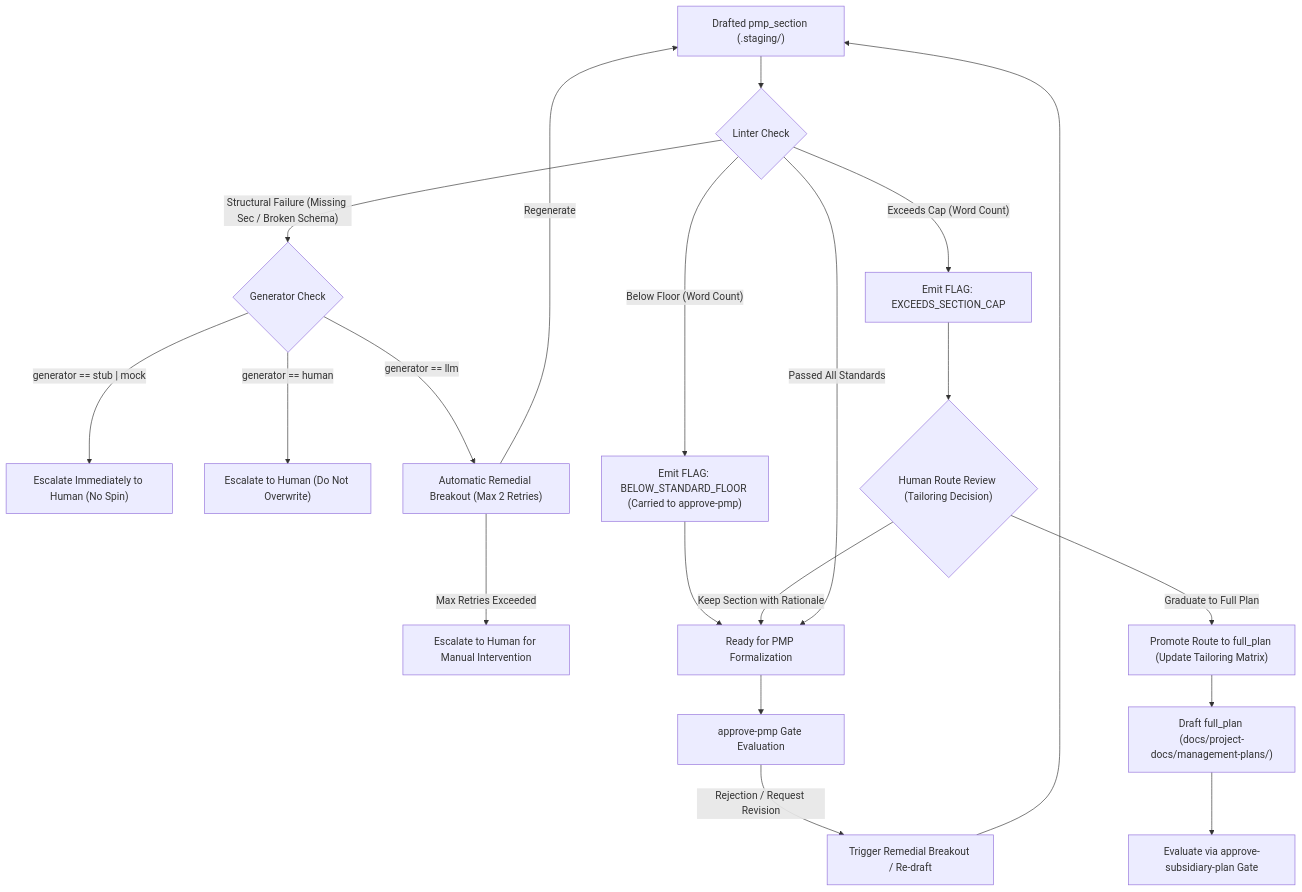
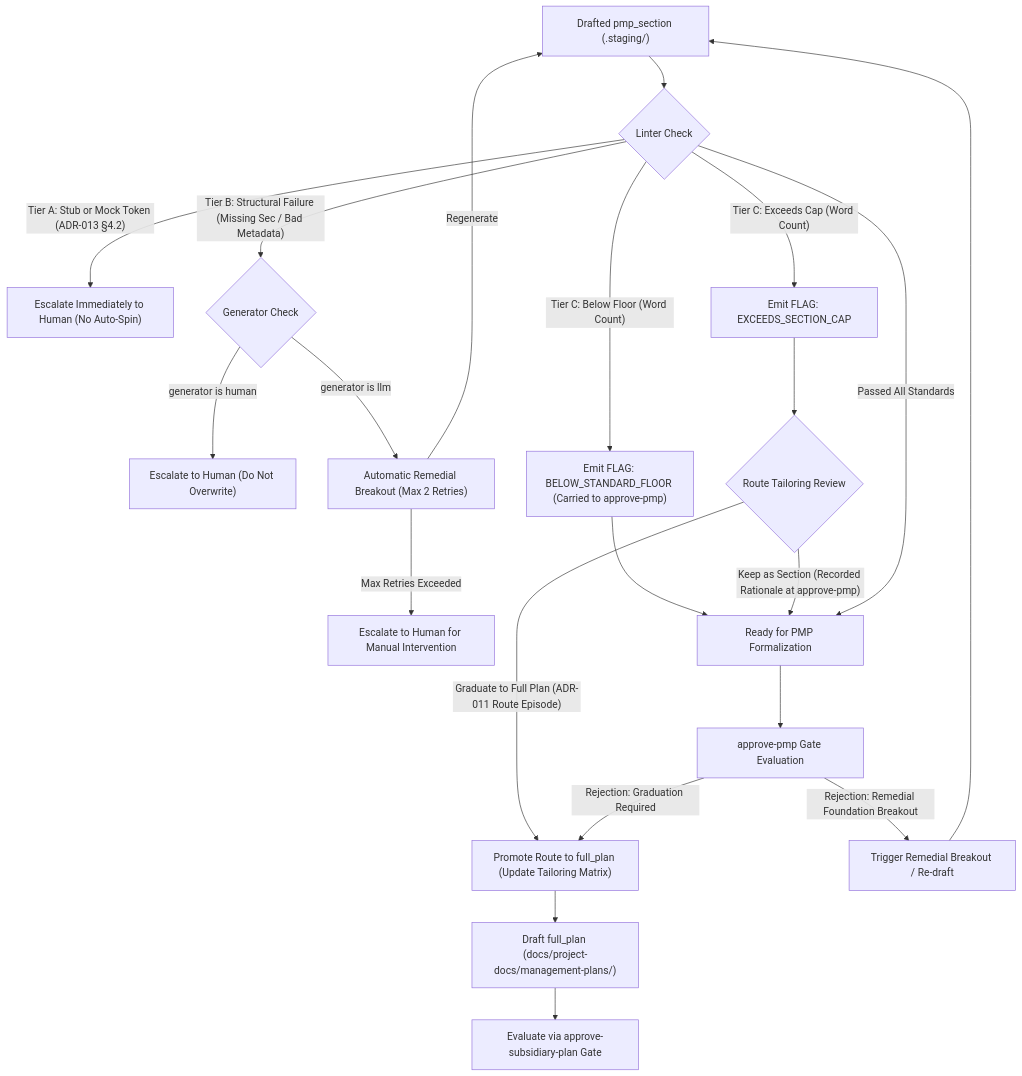
Before and after one commit to mdresch/agent-learning: the diagram in docs/adr/ADR-012-subsidiary-management-plan-standards-and-content-contracts.md, drawn with Mermaid. The commit also changed other lines of this file and 5 other files, not shown here.

Commit message:
docs(adr): polish ADR-012 and ADR-025 with 3-tier precedence hierarchy and re-evaluate approve-adr

````diff
--- a/docs/adr/ADR-012-subsidiary-management-plan-standards-and-content-contracts.md
+++ b/docs/adr/ADR-012-subsidiary-management-plan-standards-and-content-contracts.md
@@ -150,33 +177,36 @@
 ```mermaid
 flowchart TD
     SectionDraft["Drafted pmp_section (.staging/)"] --> LintCheck{Linter Check}
     
-    %% Structural Failures
-    LintCheck -->|"Structural Failure (Missing Sec / Broken Schema)"| AutoRemedialCheck{Generator Check}
-    AutoRemedialCheck -->|"generator == stub | mock"| EscalateHumanStub["Escalate Immediately to Human (No Spin)"]
-    AutoRemedialCheck -->|"generator == human"| EscalateHumanManual["Escalate to Human (Do Not Overwrite)"]
-    AutoRemedialCheck -->|"generator == llm"| AutoRemedial["Automatic Remedial Breakout (Max 2 Retries)"]
+    %% Tier A: Hard Block Stubs
+    LintCheck -->|"Tier A: Stub or Mock Token (ADR-013 §4.2)"| EscalateHumanStub["Escalate Immediately to Human (No Auto-Spin)"]
+    
+    %% Tier B: Structural Failures
+    LintCheck -->|"Tier B: Structural Failure (Missing Sec / Bad Metadata)"| AutoRemedialCheck{Generator Check}
+    AutoRemedialCheck -->|"generator is human"| EscalateHumanManual["Escalate to Human (Do Not Overwrite)"]
+    AutoRemedialCheck -->|"generator is llm"| AutoRemedial["Automatic Remedial Breakout (Max 2 Retries)"]
     AutoRemedial -->|Regenerate| SectionDraft
     AutoRemedial -->|Max Retries Exceeded| EscalateHuman["Escalate to Human for Manual Intervention"]
     
-    %% Floor Flag
-    LintCheck -->|"Below Floor (Word Count)"| FloorFlag["Emit FLAG: BELOW_STANDARD_FLOOR (Carried to approve-pmp)"]
+    %% Tier C: Floor Flag
+    LintCheck -->|"Tier C: Below Floor (Word Count)"| FloorFlag["Emit FLAG: BELOW_STANDARD_FLOOR (Carried to approve-pmp)"]
     FloorFlag --> ReadyForFormalize["Ready for PMP Formalization"]
     
-    %% Cap Flag
-    LintCheck -->|"Exceeds Cap (Word Count)"| CapFlag["Emit FLAG: EXCEEDS_SECTION_CAP"]
-    CapFlag --> HumanReviewCap{"Human Route Review (Tailoring Decision)"}
-    HumanReviewCap -->|Keep Section with Rationale| ReadyForFormalize
-    HumanReviewCap -->|"Graduate to Full Plan"| GraduateToFull["Promote Route to full_plan (Update Tailoring Matrix)"]
+    %% Tier C: Cap Flag
+    LintCheck -->|"Tier C: Exceeds Cap (Word Count)"| CapFlag["Emit FLAG: EXCEEDS_SECTION_CAP"]
+    CapFlag --> HumanReviewCap{"Route Tailoring Review"}
+    HumanReviewCap -->|"Keep as Section (Recorded Rationale at approve-pmp)"| ReadyForFormalize
+    HumanReviewCap -->|"Graduate to Full Plan (ADR-011 Route Episode)"| GraduateToFull["Promote Route to full_plan (Update Tailoring Matrix)"]
     
     GraduateToFull --> FullPlanDraft["Draft full_plan (docs/project-docs/management-plans/)"]
     FullPlanDraft --> EvaluateFull["Evaluate via approve-subsidiary-plan Gate"]
     
     %% Clean Pass
     LintCheck -->|"Passed All Standards"| ReadyForFormalize
     
-    %% Rejection from Formalization
-    FormalizeGate["approve-pmp Gate Evaluation"] -->|"Rejection / Request Revision"| ManualBreakout["Trigger Remedial Breakout / Re-draft"]
+    %% Formalization & approve-pmp Rejection
+    ReadyForFormalize --> FormalizeGate["approve-pmp Gate Evaluation"]
+    FormalizeGate -->|"Rejection: Remedial Foundation Breakout"| ManualBreakout["Trigger Remedial Breakout / Re-draft"]
+    FormalizeGate -->|"Rejection: Graduation Required"| GraduateToFull
     ManualBreakout --> SectionDraft
-    ReadyForFormalize --> FormalizeGate
 ```
````
